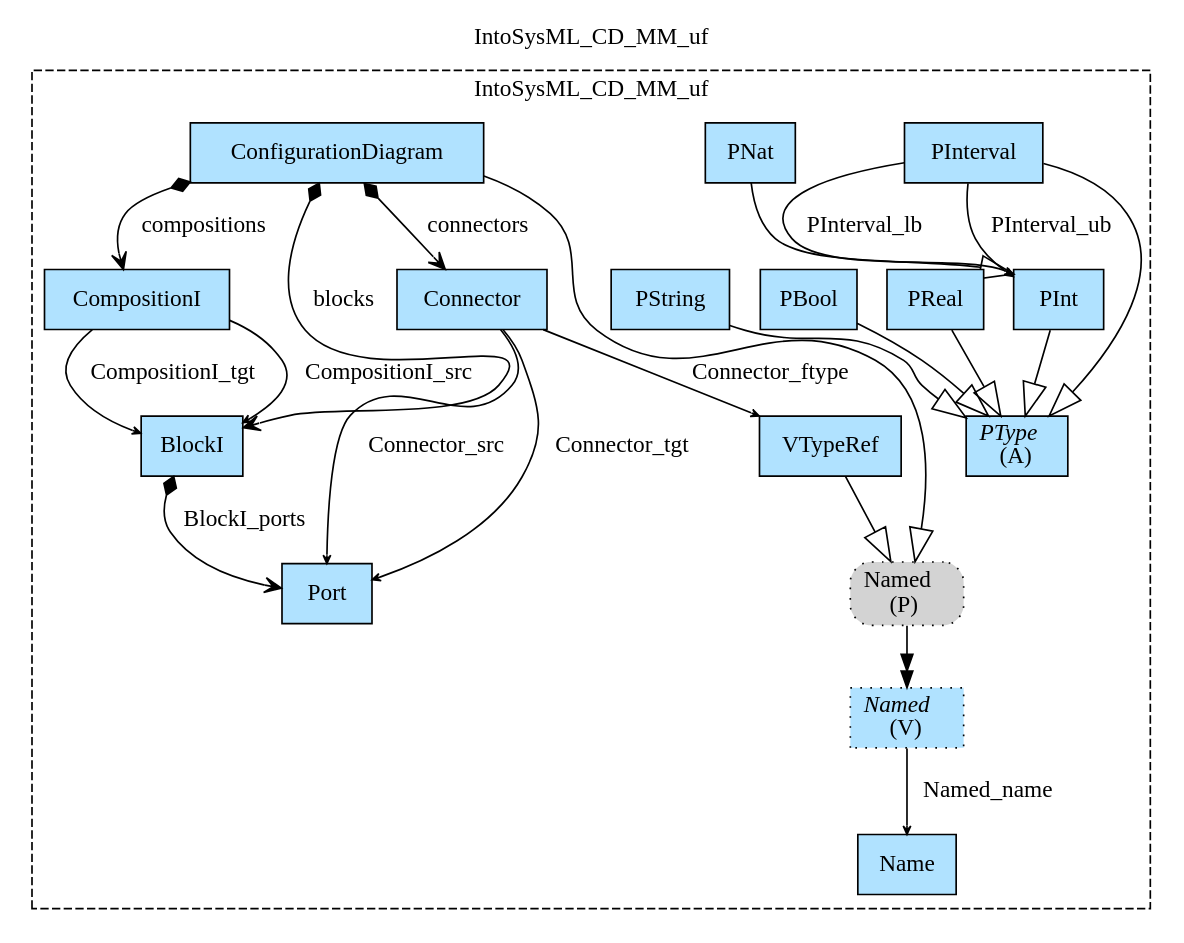
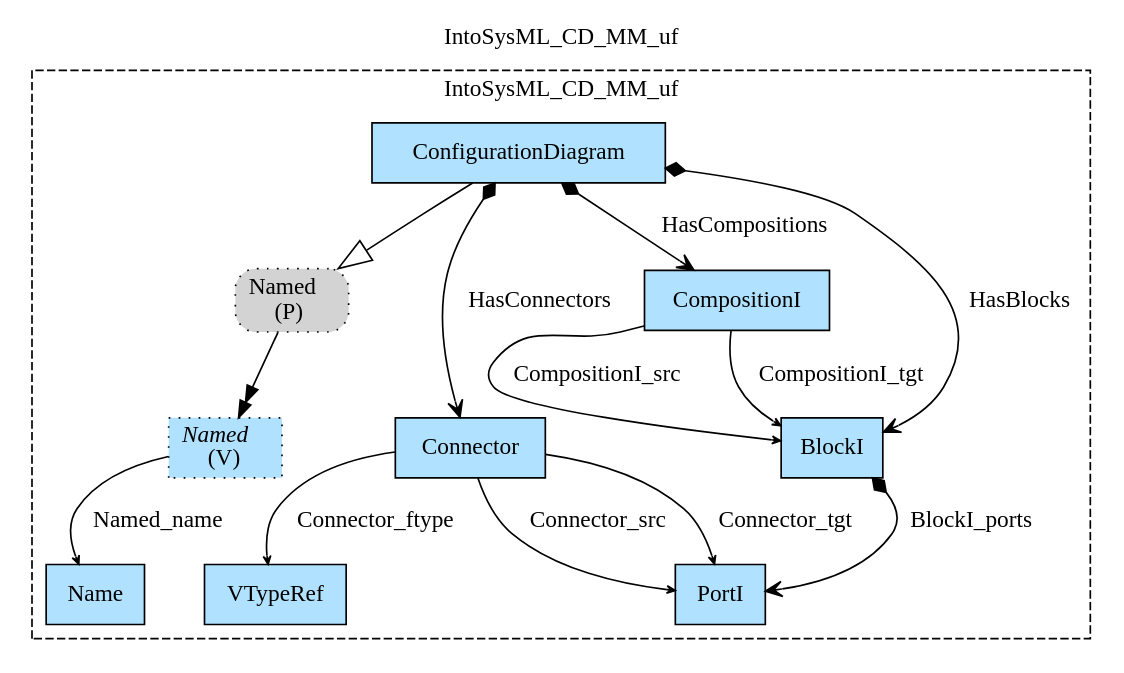
The diagram in Haskell/IntoSysML/MM/img/IntoSysML_CD_MM_uf.gv (namalio/Fragmenta), drawn with Graphviz before and after one commit. The commit also changed 129 other files, not shown here.

```diff
--- a/Haskell/IntoSysML/MM/img/IntoSysML_CD_MM_uf.gv
+++ b/Haskell/IntoSysML/MM/img/IntoSysML_CD_MM_uf.gv
@@ -1,43 +1,27 @@
 digraph {graph[label=IntoSysML_CD_MM_uf,labelloc=tl,labelfontsize=12];
 subgraph cluster_IntoSysML_CD_MM_uf{style=dashed;label=IntoSysML_CD_MM_uf;
 "Named"[shape=record,fillcolor=lightskyblue1,style ="filled,dotted",label=<{<I>Named</I><br/>(V)}>];
 "Name"[shape=record,fillcolor=lightskyblue1,style = filled,label="Name"];
-"PNat"[shape=record,fillcolor=lightskyblue1,style = filled,label="PNat"];
-"PReal"[shape=record,fillcolor=lightskyblue1,style = filled,label="PReal"];
-"PBool"[shape=record,fillcolor=lightskyblue1,style = filled,label="PBool"];
-"PString"[shape=record,fillcolor=lightskyblue1,style = filled,label="PString"];
-"PType"[shape=record,fillcolor=lightskyblue1,style = filled,label=<{<I>PType</I><br/>(A)}>];
-"PInterval"[shape=record,fillcolor=lightskyblue1,style = filled,label="PInterval"];
-"PInt"[shape=record,fillcolor=lightskyblue1,style = filled,label="PInt"];
+"PNamed"[shape=box,fillcolor=lightgray,style ="rounded,filled,dotted",label=<Named<br/>(P)>];
 "ConfigurationDiagram"[shape=record,fillcolor=lightskyblue1,style = filled,label="ConfigurationDiagram"];
 "Connector"[shape=record,fillcolor=lightskyblue1,style = filled,label="Connector"];
-"Port"[shape=record,fillcolor=lightskyblue1,style = filled,label="Port"];
+"VTypeRef"[shape=record,fillcolor=lightskyblue1,style = filled,label="VTypeRef"];
+"PortI"[shape=record,fillcolor=lightskyblue1,style = filled,label="PortI"];
 "CompositionI"[shape=record,fillcolor=lightskyblue1,style = filled,label="CompositionI"];
 "BlockI"[shape=record,fillcolor=lightskyblue1,style = filled,label="BlockI"];
-"VTypeRef"[shape=record,fillcolor=lightskyblue1,style = filled,label="VTypeRef"];
-"PNamed"[shape=box,fillcolor=lightgray,style ="rounded,filled,dotted",label=<Named<br/>(P)>];
 
 "Named"->"Name"[label="Named_name",arrowhead=vee,headlabel="",arrowsize=.5];
-"PNat"->"PInt"[arrowhead=onormal,arrowsize=2.0];
-"PInt"->"PType"[arrowhead=onormal,arrowsize=2.0];
-"PInterval"->"PType"[arrowhead=onormal,arrowsize=2.0];
-"PReal"->"PType"[arrowhead=onormal,arrowsize=2.0];
-"PBool"->"PType"[arrowhead=onormal,arrowsize=2.0];
-"PString"->"PType"[arrowhead=onormal,arrowsize=2.0];
-"PInterval"->"PInt"[label="PInterval_lb",arrowhead=vee,headlabel="",arrowsize=.5];
-"PInterval"->"PInt"[label="PInterval_ub",arrowhead=vee,headlabel="",arrowsize=.5];
 "ConfigurationDiagram"->"PNamed"[arrowhead=onormal,arrowsize=2.0];
-"ConfigurationDiagram"->"CompositionI"[label="compositions",arrowhead=vee,arrowtail=diamond,dir=both,headlabel=""];
-"ConfigurationDiagram"->"BlockI"[label="blocks",arrowhead=vee,arrowtail=diamond,dir=both,headlabel=""];
-"ConfigurationDiagram"->"Connector"[label="connectors",arrowhead=vee,arrowtail=diamond,dir=both,headlabel=""];
-"Connector"->"Port"[label="Connector_src",arrowhead=vee,headlabel="",arrowsize=.5];
-"Connector"->"Port"[label="Connector_tgt",arrowhead=vee,headlabel="",arrowsize=.5];
+"ConfigurationDiagram"->"CompositionI"[label="HasCompositions",arrowhead=vee,arrowtail=diamond,dir=both,headlabel=""];
+"ConfigurationDiagram"->"BlockI"[label="HasBlocks",arrowhead=vee,arrowtail=diamond,dir=both,headlabel=""];
+"ConfigurationDiagram"->"Connector"[label="HasConnectors",arrowhead=vee,arrowtail=diamond,dir=both,headlabel=""];
+"Connector"->"PortI"[label="Connector_src",arrowhead=vee,headlabel="",arrowsize=.5];
+"Connector"->"PortI"[label="Connector_tgt",arrowhead=vee,headlabel="",arrowsize=.5];
 "Connector"->"VTypeRef"[label="Connector_ftype",arrowhead=vee,headlabel="",arrowsize=.5];
-"BlockI"->"Port"[label="BlockI_ports",arrowhead=vee,arrowtail=diamond,dir=both,headlabel=""];
+"BlockI"->"PortI"[label="BlockI_ports",arrowhead=vee,arrowtail=diamond,dir=both,headlabel=""];
 "CompositionI"->"BlockI"[label="CompositionI_src",arrowhead=vee,headlabel="",arrowsize=.5];
 "CompositionI"->"BlockI"[label="CompositionI_tgt",arrowhead=vee,headlabel="",arrowsize=.5];
-"VTypeRef"->"PNamed"[arrowhead=onormal,arrowsize=2.0];
 
 }
 "PNamed"->"Named"[arrowhead=normalnormal];
 }
```
